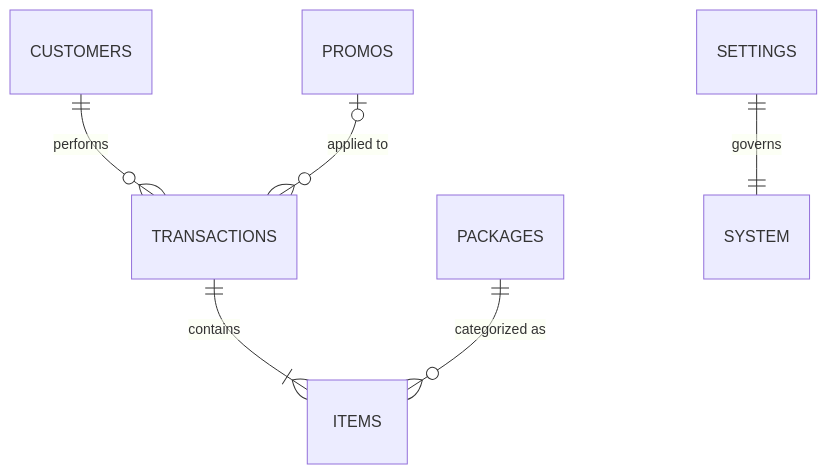
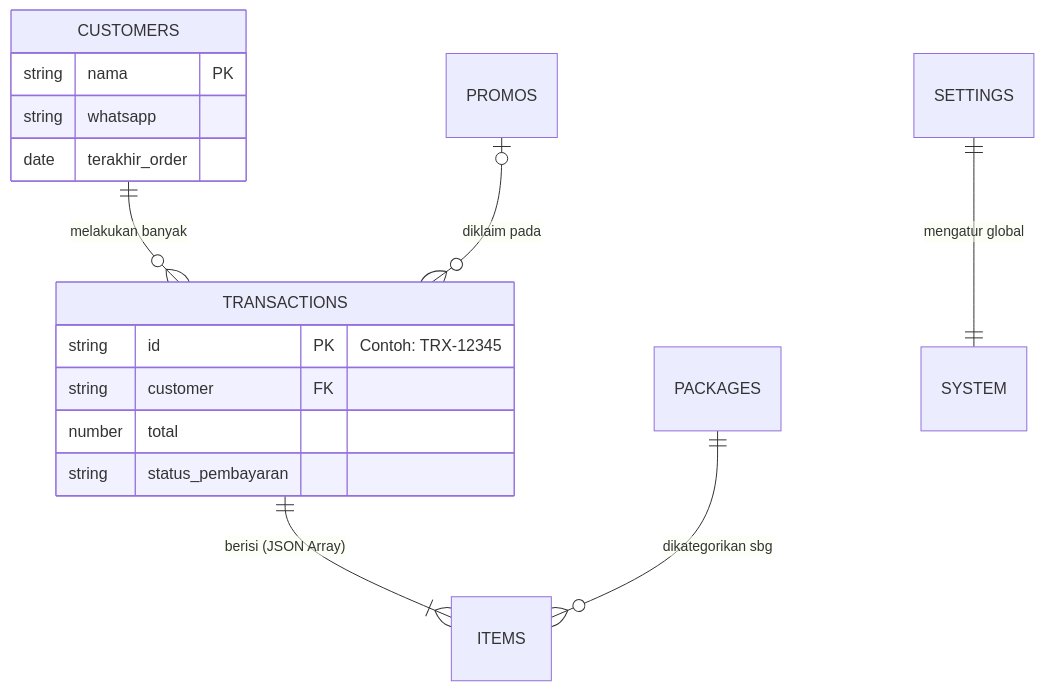
Before and after one commit to nndda-rzn/app-script-mpti: the third of 4 diagrams in PRESENTASI_KLIEN.md, drawn with Mermaid. The commit also changed other lines of this file, not shown here.

Commit message:
Docs: Final extensive client presentation with 300+ lines detailed analysis, diagrams, and folder structure

````diff
--- a/PRESENTASI_KLIEN.md
+++ b/PRESENTASI_KLIEN.md
@@ -65,8 +164,20 @@
 ```mermaid
 erDiagram
-    TRANSACTIONS ||--|{ ITEMS : "contains"
-    CUSTOMERS ||--o{ TRANSACTIONS : "performs"
-    PACKAGES ||--o{ ITEMS : "categorized as"
-    PROMOS |o--o{ TRANSACTIONS : "applied to"
-    SETTINGS ||--|| SYSTEM : "governs"
+    TRANSACTIONS ||--|{ ITEMS : "berisi (JSON Array)"
+    CUSTOMERS ||--o{ TRANSACTIONS : "melakukan banyak"
+    PACKAGES ||--o{ ITEMS : "dikategorikan sbg"
+    PROMOS |o--o{ TRANSACTIONS : "diklaim pada"
+    SETTINGS ||--|| SYSTEM : "mengatur global"
+    
+    TRANSACTIONS {
+        string id PK "Contoh: TRX-12345"
+        string customer FK
+        number total
+        string status_pembayaran
+    }
+    CUSTOMERS {
+        string nama PK
+        string whatsapp
+        date terakhir_order
+    }
 ```
````
